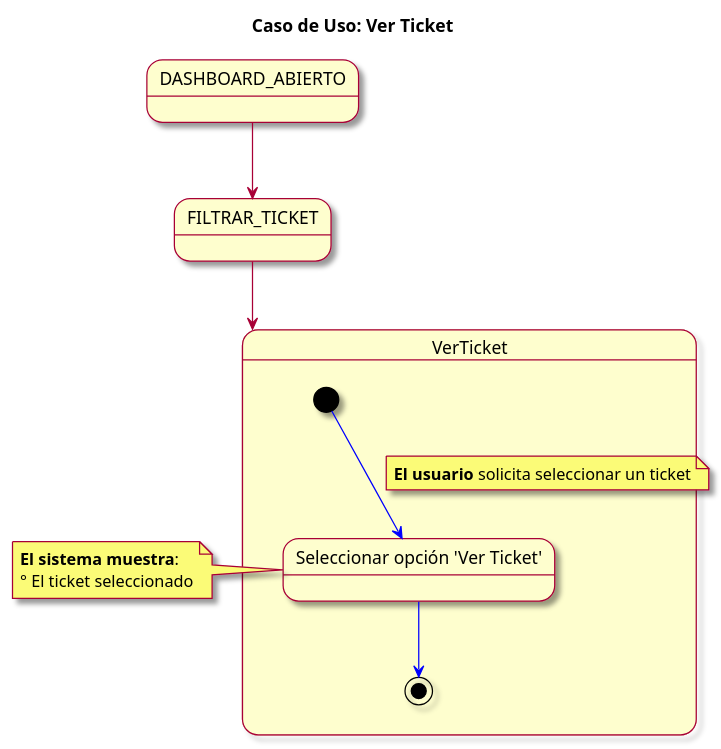
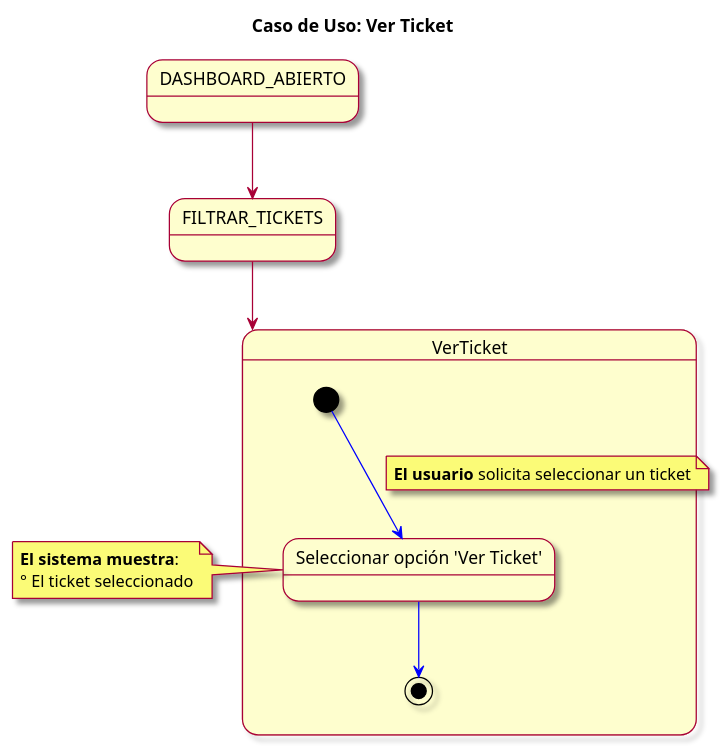
Before and after one commit to mmasias/23-24-IdSw1-SDR: the diagram in modelosUML/CasosDeUsos/CasosDetallados/VerTicket.puml, drawn with PlantUML. The commit also changed 8 other files, not shown here.

```diff
--- a/modelosUML/CasosDeUsos/CasosDetallados/VerTicket.puml
+++ b/modelosUML/CasosDeUsos/CasosDetallados/VerTicket.puml
@@ -1,24 +1,24 @@
 @startuml
 skin rose
 title Caso de Uso: Ver Ticket
 
 state DASHBOARD_ABIERTO
-state FILTRAR_TICKET
+state FILTRAR_TICKETS
 
-DASHBOARD_ABIERTO --> FILTRAR_TICKET
-FILTRAR_TICKET --> VerTicket
+DASHBOARD_ABIERTO --> FILTRAR_TICKETS
+FILTRAR_TICKETS --> VerTicket
 
 state VerTicket {
 
   [*] -[#blue]-> seleccionarOpcionVer
   note on link : **El usuario** solicita seleccionar un ticket
   state "Seleccionar opción 'Ver Ticket'" as seleccionarOpcionVer
   seleccionarOpcionVer -[#blue]-> [*]
 }
 
 note left of seleccionarOpcionVer
   **El sistema muestra**: 
   ° El ticket seleccionado
 end note
 
 @enduml
```
